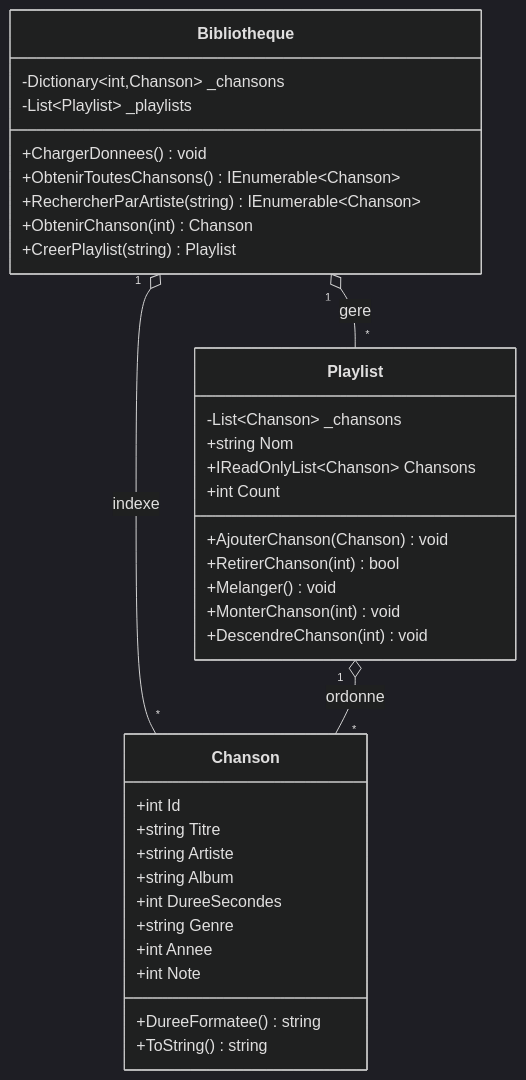
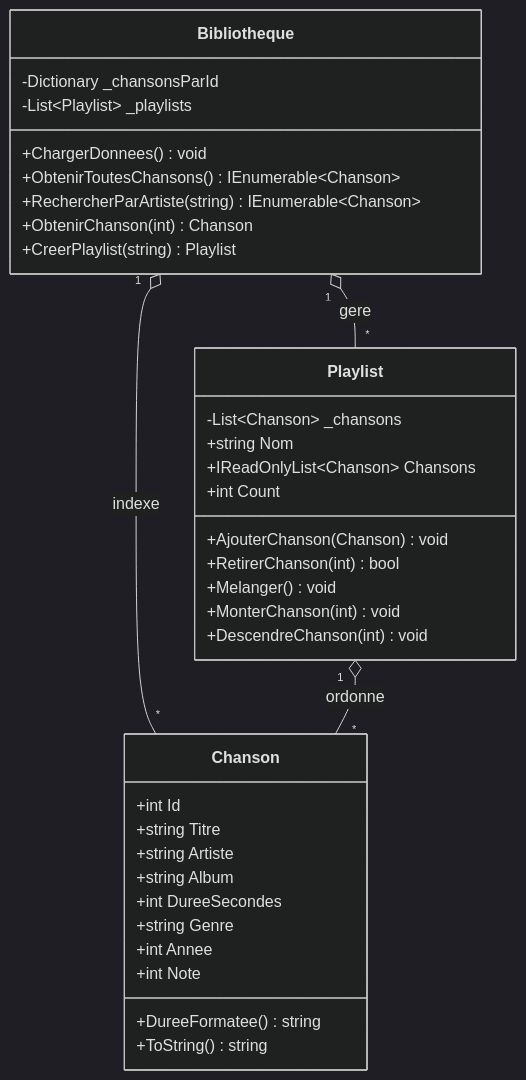
The diagram in PlaylistApp/README.md (BTS1-SIO-SLAM-LSW/playlist-csharp), drawn with Mermaid (dark theme) before and after one commit. The commit also changed 7 other files, not shown here.

````diff
--- a/PlaylistApp/README.md
+++ b/PlaylistApp/README.md
@@ -44,38 +44,38 @@
 ```mermaid
 classDiagram
     class Chanson {
         +int Id
         +string Titre
         +string Artiste
         +string Album
         +int DureeSecondes
         +string Genre
         +int Annee
         +int Note
         +DureeFormatee() string
         +ToString() string
     }
     class Playlist {
         -List~Chanson~ _chansons
         +string Nom
         +IReadOnlyList~Chanson~ Chansons
         +int Count
         +AjouterChanson(Chanson) void
         +RetirerChanson(int) bool
         +Melanger() void
         +MonterChanson(int) void
         +DescendreChanson(int) void
     }
     class Bibliotheque {
-        -Dictionary~int,Chanson~ _chansons
+        -Dictionary _chansonsParId
         -List~Playlist~ _playlists
         +ChargerDonnees() void
         +ObtenirToutesChansons() IEnumerable~Chanson~
         +RechercherParArtiste(string) IEnumerable~Chanson~
         +ObtenirChanson(int) Chanson
         +CreerPlaylist(string) Playlist
     }
     Bibliotheque "1" o-- "*" Chanson : indexe
     Bibliotheque "1" o-- "*" Playlist : gere
     Playlist "1" o-- "*" Chanson : ordonne
 ```
````
